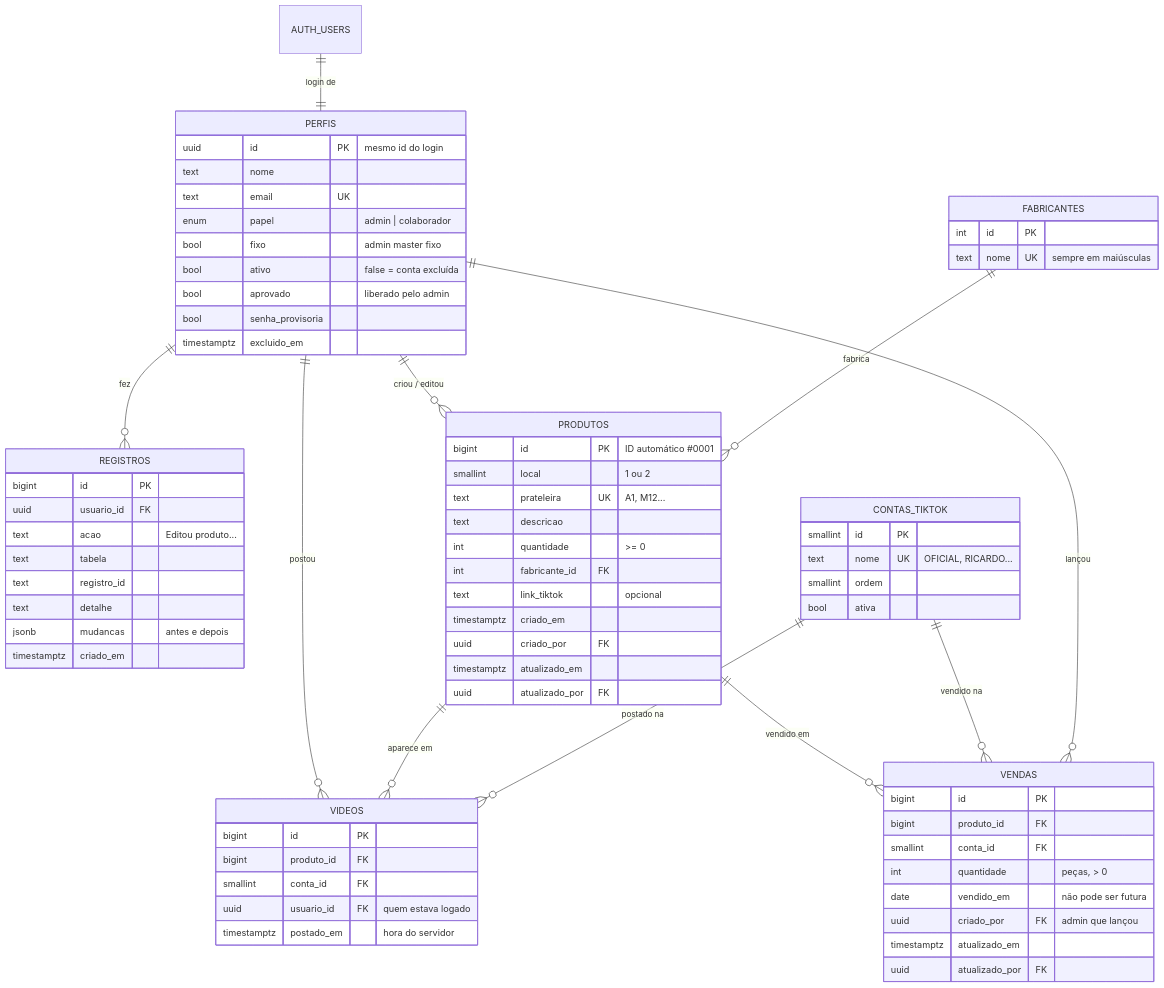
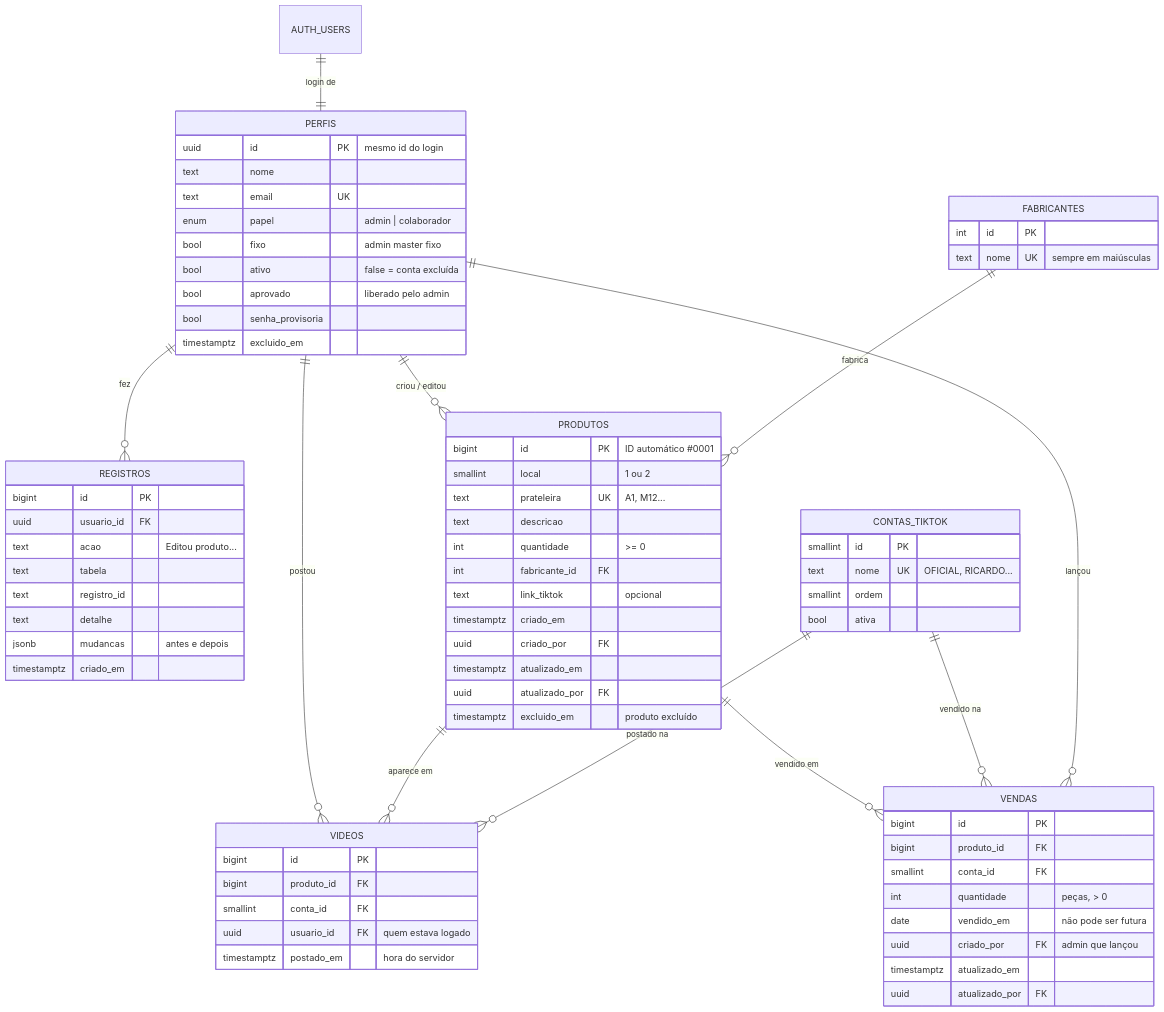
The diagram in docs/banco-de-dados.md (gabrieldasilva88188/casadojeansa-app-site), drawn with Mermaid before and after one commit. The commit also changed other lines of this file and 9 other files, not shown here.

````diff
--- a/docs/banco-de-dados.md
+++ b/docs/banco-de-dados.md
@@ -13,75 +13,76 @@
 ```mermaid
 erDiagram
   AUTH_USERS ||--|| PERFIS : "login de"
   PERFIS ||--o{ VIDEOS : "postou"
   PERFIS ||--o{ REGISTROS : "fez"
   PERFIS ||--o{ PRODUTOS : "criou / editou"
   FABRICANTES ||--o{ PRODUTOS : "fabrica"
   PRODUTOS ||--o{ VIDEOS : "aparece em"
   CONTAS_TIKTOK ||--o{ VIDEOS : "postado na"
   PRODUTOS ||--o{ VENDAS : "vendido em"
   CONTAS_TIKTOK ||--o{ VENDAS : "vendido na"
   PERFIS ||--o{ VENDAS : "lançou"
 
   PERFIS {
     uuid id PK "mesmo id do login"
     text nome
     text email UK
     enum papel "admin | colaborador"
     bool fixo "admin master fixo"
     bool ativo "false = conta excluída"
     bool aprovado "liberado pelo admin"
     bool senha_provisoria
     timestamptz excluido_em
   }
   CONTAS_TIKTOK {
     smallint id PK
     text nome UK "OFICIAL, RICARDO..."
     smallint ordem
     bool ativa
   }
   FABRICANTES {
     int id PK
     text nome UK "sempre em maiúsculas"
   }
   PRODUTOS {
     bigint id PK "ID automático #0001"
     smallint local "1 ou 2"
     text prateleira UK "A1, M12..."
     text descricao
     int quantidade ">= 0"
     int fabricante_id FK
     text link_tiktok "opcional"
     timestamptz criado_em
     uuid criado_por FK
     timestamptz atualizado_em
     uuid atualizado_por FK
+    timestamptz excluido_em "produto excluído"
   }
   VIDEOS {
     bigint id PK
     bigint produto_id FK
     smallint conta_id FK
     uuid usuario_id FK "quem estava logado"
     timestamptz postado_em "hora do servidor"
   }
   VENDAS {
     bigint id PK
     bigint produto_id FK
     smallint conta_id FK
     int quantidade "peças, > 0"
     date vendido_em "não pode ser futura"
     uuid criado_por FK "admin que lançou"
     timestamptz atualizado_em
     uuid atualizado_por FK
   }
   REGISTROS {
     bigint id PK
     uuid usuario_id FK
     text acao "Editou produto..."
     text tabela
     text registro_id
     text detalhe
     jsonb mudancas "antes e depois"
     timestamptz criado_em
   }
 ```
````
